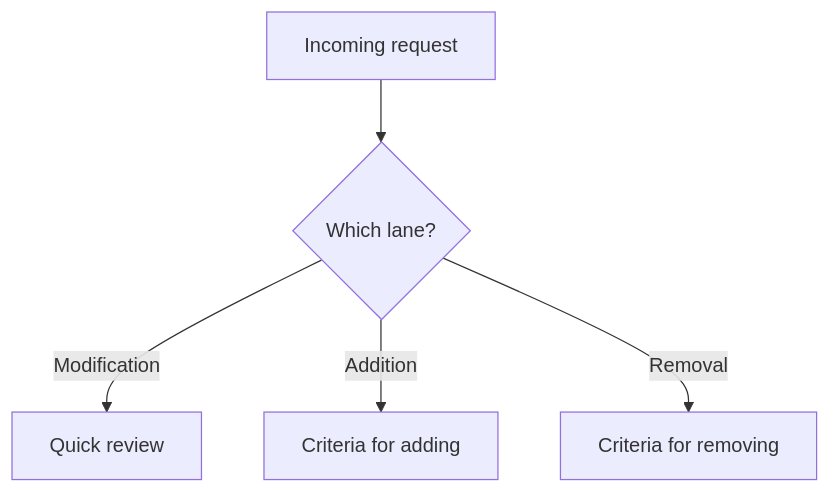
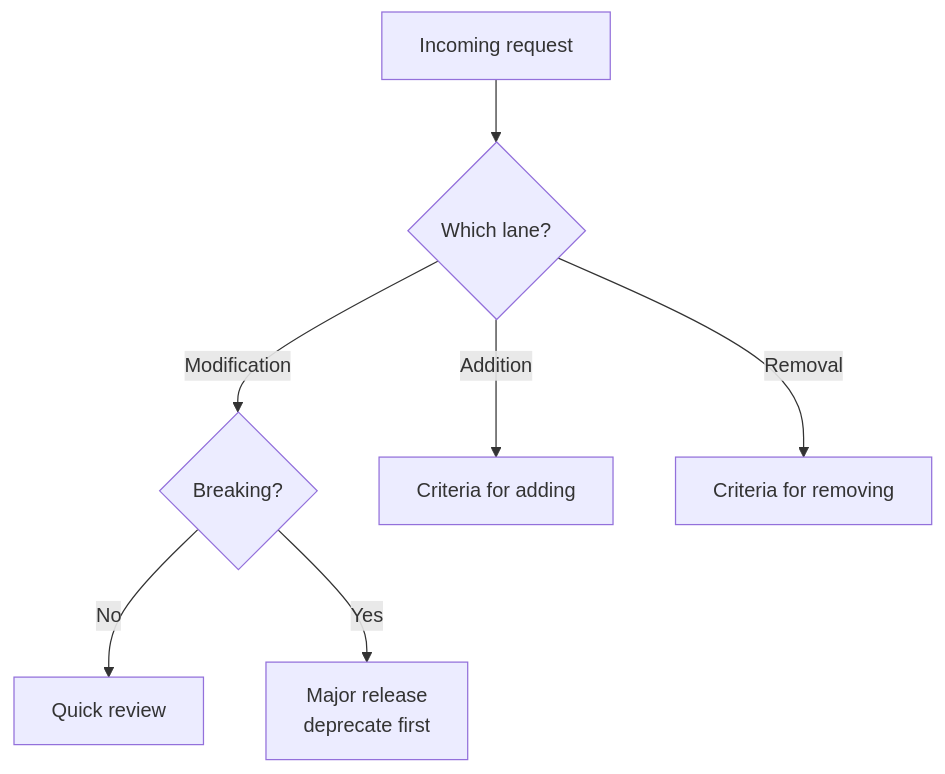
One commit to F4cu/ds101 changed the diagram in src/content/docs/component-lifecycle.md. Above: the diagram before and after it, drawn with Mermaid. The commit also changed other lines of this file, not shown here.

Commit message:
Route breaking modifications and link addition sequences in Component Lifecycle
The lane diagram now splits modifications into non-breaking (quick
review) and breaking (major release, deprecate first). Additions link to
the per-step stories, the design-to-code contract stages, and Atlassian's
release phases.

````diff
--- a/src/content/docs/component-lifecycle.md
+++ b/src/content/docs/component-lifecycle.md
@@ -33,7 +33,9 @@
 ```mermaid
 flowchart TD
   Req["Incoming request"] --> Q{Which lane?}
-  Q -->|Modification| M["Quick review"]
+  Q -->|Modification| B{Breaking?}
+  B -->|No| M["Quick review"]
+  B -->|Yes| Maj["Major release<br/>deprecate first"]
   Q -->|Addition| A["Criteria for adding"]
   Q -->|Removal| R["Criteria for removing"]
 ```
````
